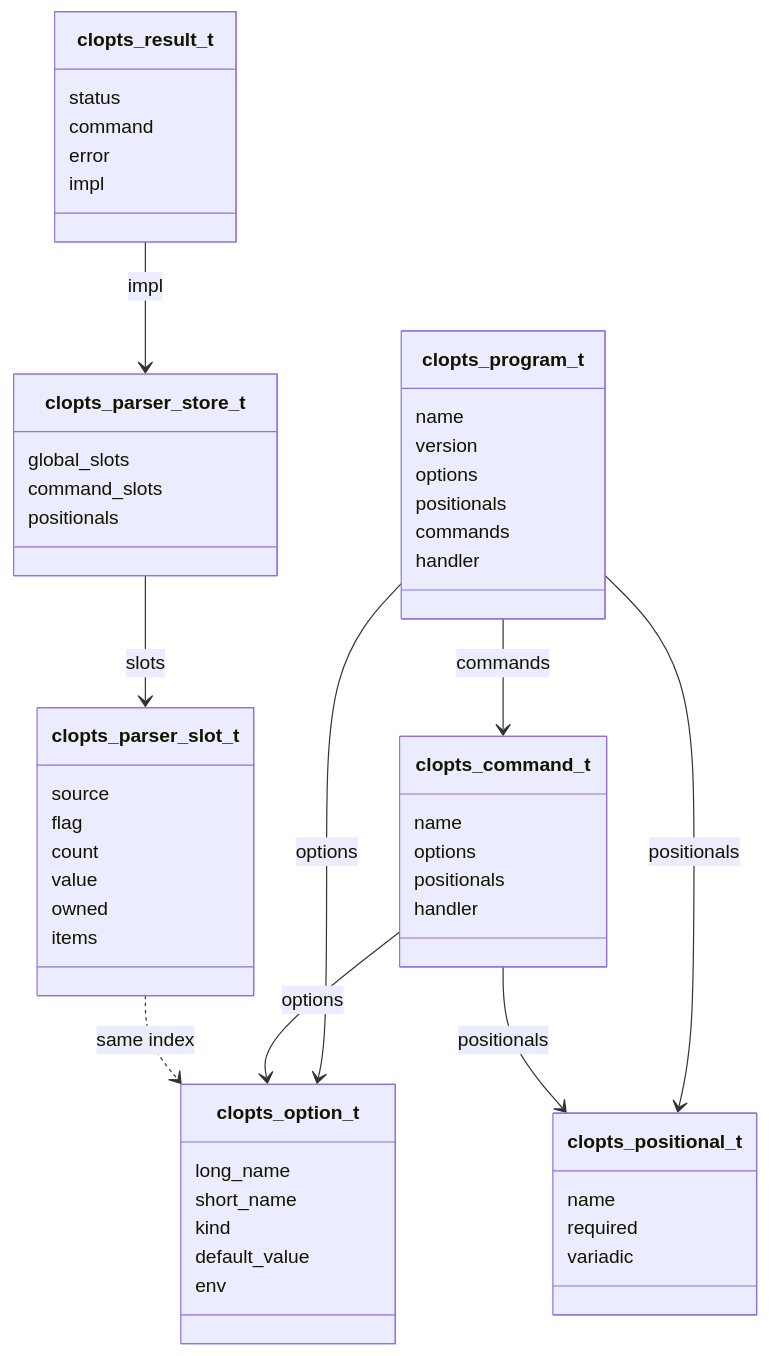
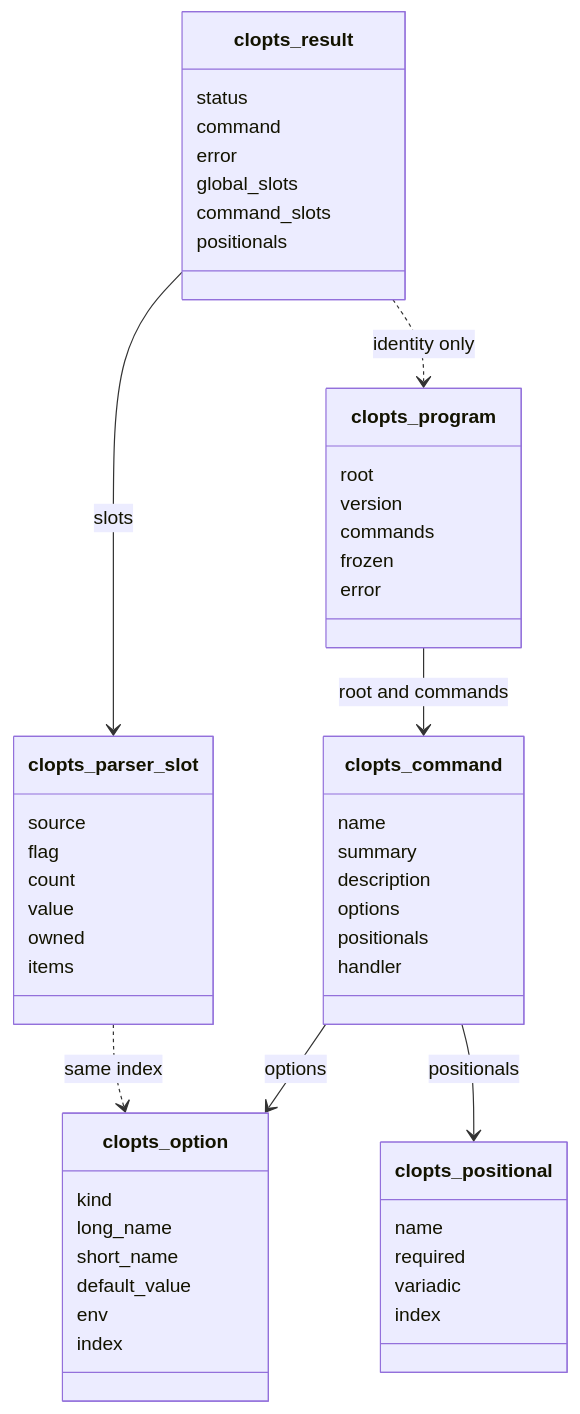
The fifth of 5 diagrams in .kiro/specs/core-parser/design.md (ktdevx/clopts-private), drawn with Mermaid before and after one commit. The commit also changed other lines of this file and 3 other files, not shown here.

````diff
--- a/.kiro/specs/core-parser/design.md
+++ b/.kiro/specs/core-parser/design.md
@@ -708,56 +862,54 @@
 ```mermaid
 classDiagram
-    class clopts_program_t {
+    class clopts_program {
+        root
+        version
+        commands
+        frozen
+        error
+    }
+    class clopts_command {
         name
-        version
-        options
-        positionals
-        commands
-        handler
-    }
-    class clopts_command_t {
-        name
+        summary
+        description
         options
         positionals
         handler
     }
-    class clopts_option_t {
+    class clopts_option {
+        kind
         long_name
         short_name
-        kind
         default_value
         env
+        index
     }
-    class clopts_positional_t {
+    class clopts_positional {
         name
         required
         variadic
+        index
     }
-    class clopts_result_t {
+    class clopts_result {
         status
         command
         error
-        impl
-    }
-    class clopts_parser_store_t {
         global_slots
         command_slots
         positionals
     }
-    class clopts_parser_slot_t {
+    class clopts_parser_slot {
         source
         flag
         count
         value
         owned
         items
     }
-    clopts_program_t --> clopts_command_t : commands
-    clopts_program_t --> clopts_option_t : options
-    clopts_program_t --> clopts_positional_t : positionals
-    clopts_command_t --> clopts_option_t : options
-    clopts_command_t --> clopts_positional_t : positionals
-    clopts_result_t --> clopts_parser_store_t : impl
-    clopts_parser_store_t --> clopts_parser_slot_t : slots
-    clopts_parser_slot_t ..> clopts_option_t : same index
+    clopts_program --> clopts_command : root and commands
+    clopts_command --> clopts_option : options
+    clopts_command --> clopts_positional : positionals
+    clopts_result ..> clopts_program : identity only
+    clopts_result --> clopts_parser_slot : slots
+    clopts_parser_slot ..> clopts_option : same index
 ```
````
